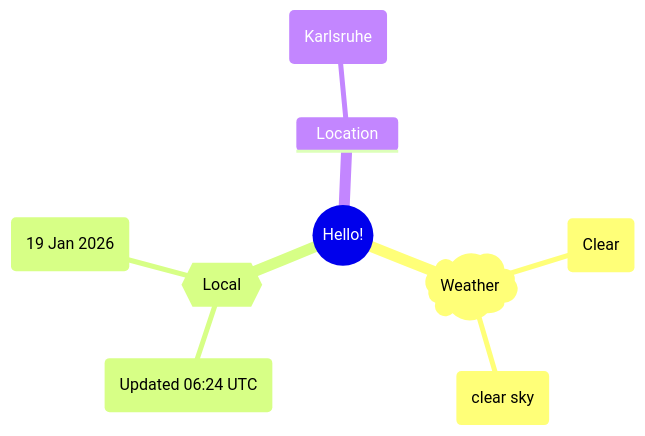
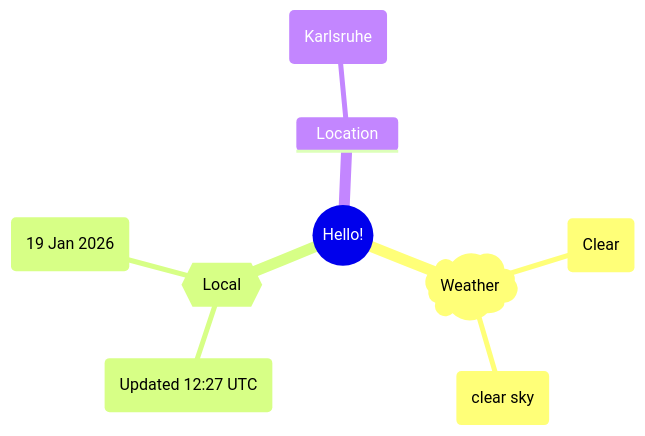
Before and after one commit to Xosrov/Xosrov: the first of 2 diagrams in README.md, drawn with Mermaid.

Commit message:
[bot] updated images

````diff
--- a/README.md
+++ b/README.md
@@ -3,12 +3,12 @@
 ```mermaid
 mindmap
   root((Hello!))
     )Weather(
         (Clear)
         (clear sky)
     {{Local}}
-        (Updated 06:24 UTC)
+        (Updated 12:27 UTC)
         (19 Jan 2026)
     Location
         (Karlsruhe)
 ```
````
